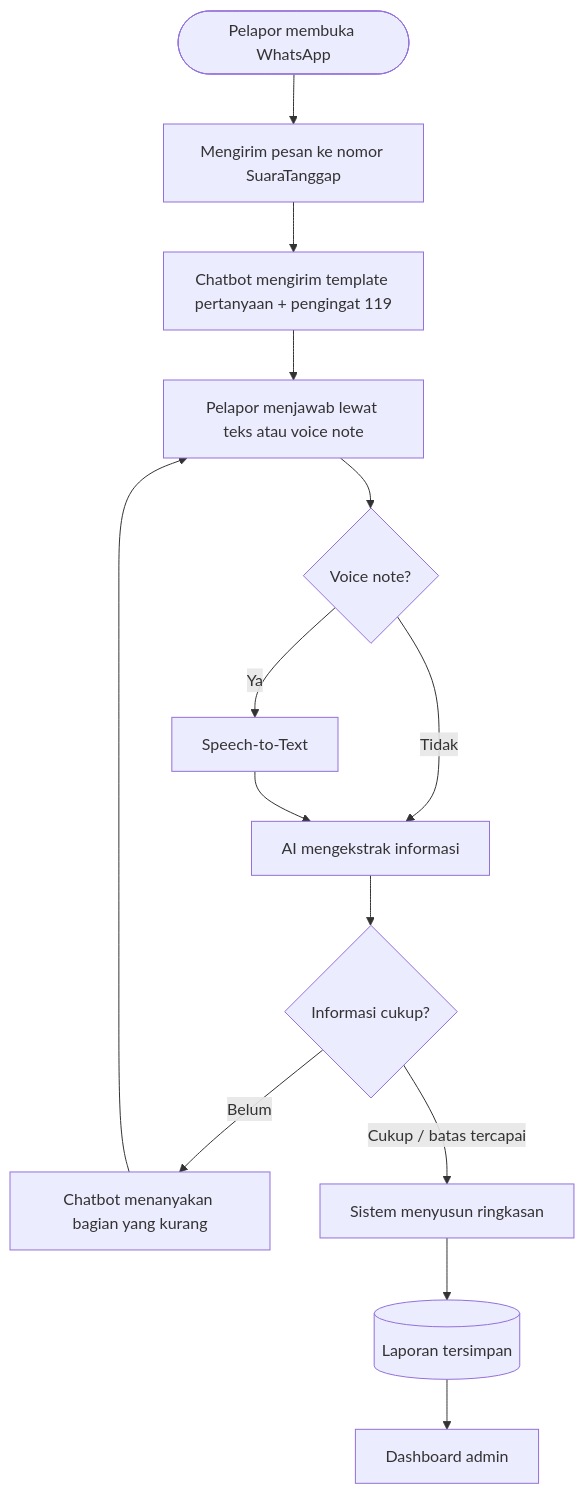
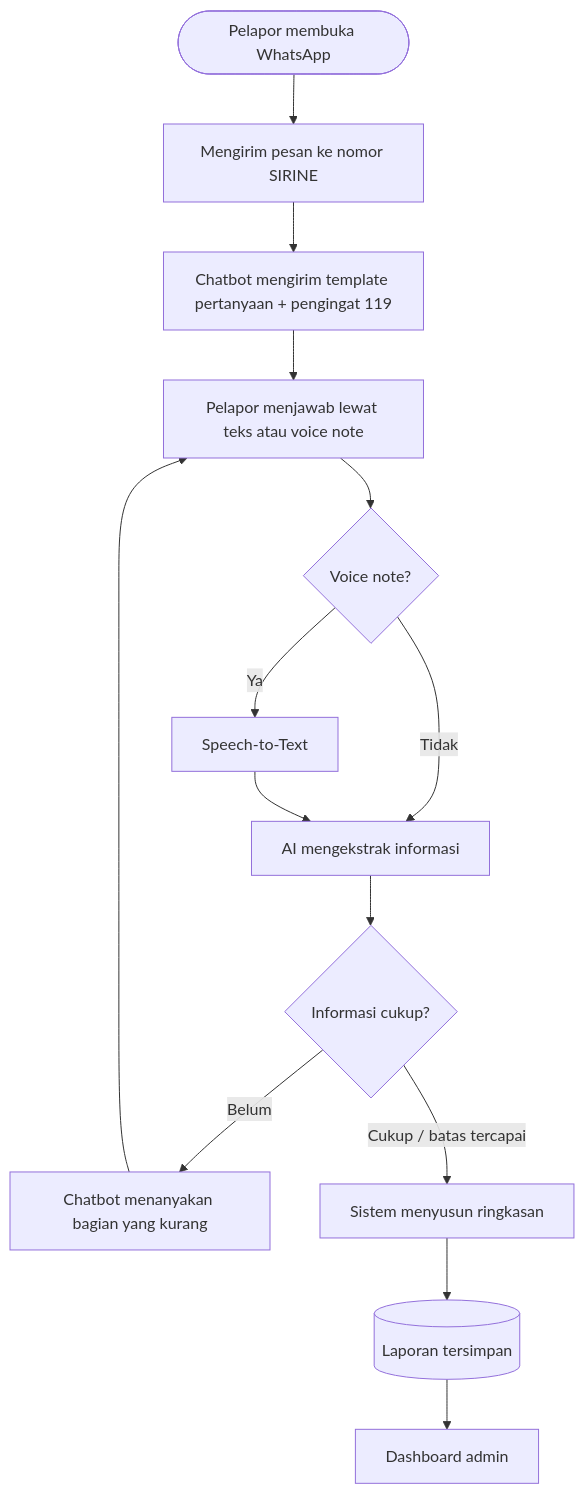
Before and after one commit to rosan-f/SIRINE: the first of 2 diagrams in docs/00-deskripsi-lengkap-proyek.md, drawn with Mermaid. The commit also changed other lines of this file and 40 other files, not shown here.

````diff
--- a/docs/00-deskripsi-lengkap-proyek.md
+++ b/docs/00-deskripsi-lengkap-proyek.md
@@ -123,16 +124,16 @@
 ```mermaid
 flowchart TD
-    A([Pelapor membuka WhatsApp]) --> B[Mengirim pesan ke nomor SuaraTanggap]
+    A([Pelapor membuka WhatsApp]) --> B[Mengirim pesan ke nomor SIRINE]
     B --> C[Chatbot mengirim template pertanyaan + pengingat 119]
     C --> D[Pelapor menjawab lewat teks atau voice note]
     D --> E{Voice note?}
     E -- Ya --> F[Speech-to-Text]
     E -- Tidak --> G[AI mengekstrak informasi]
     F --> G
     G --> H{Informasi cukup?}
     H -- Belum --> I[Chatbot menanyakan bagian yang kurang]
     I --> D
     H -- Cukup / batas tercapai --> J[Sistem menyusun ringkasan]
     J --> K[(Laporan tersimpan)]
     K --> L[Dashboard admin]
 ```
````
